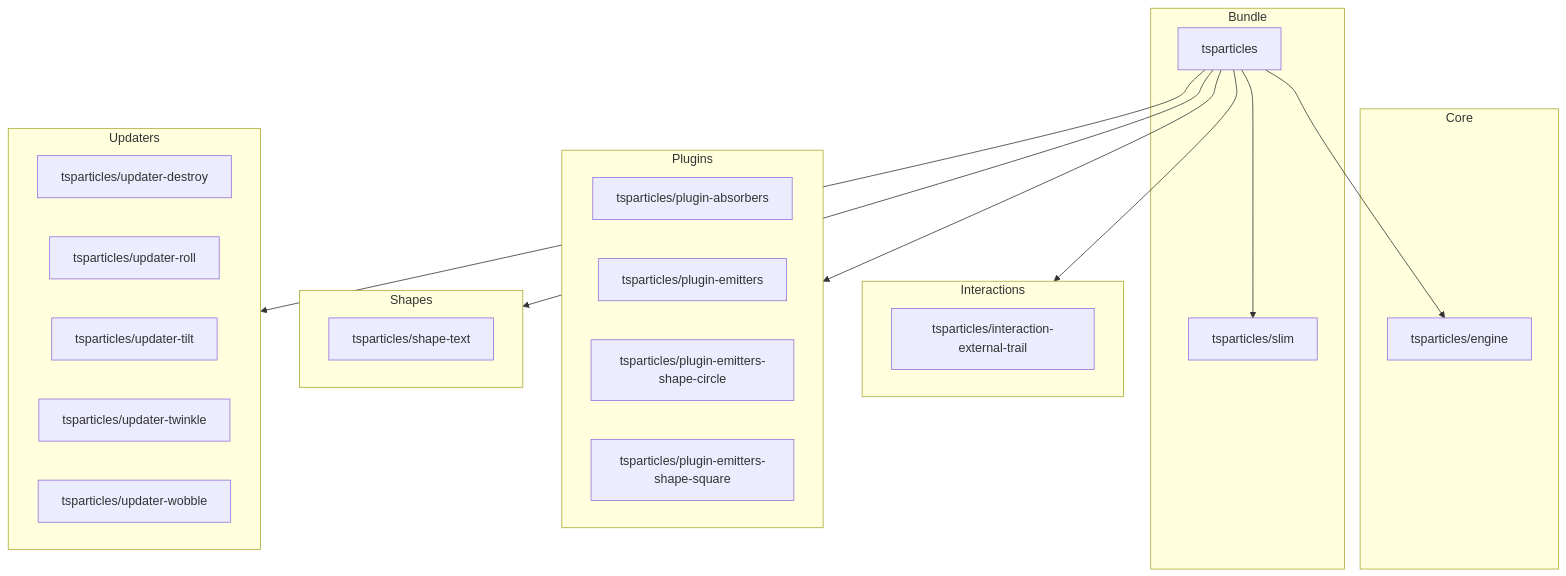
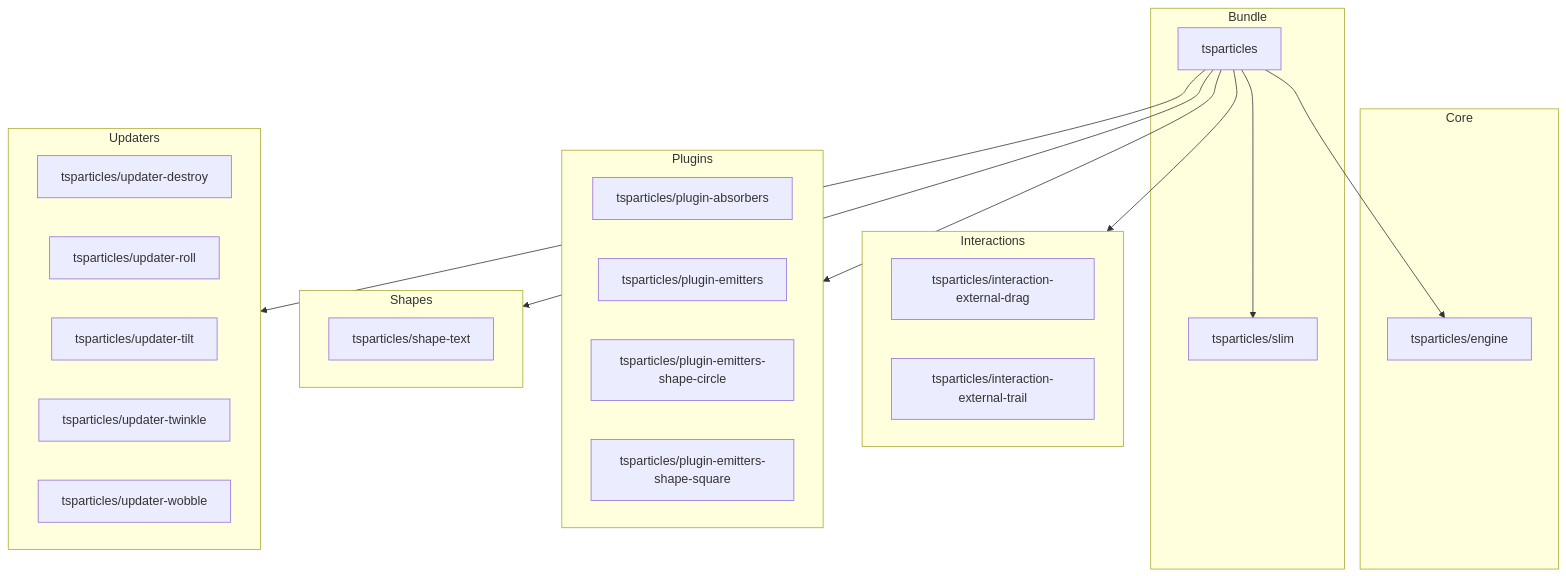
One commit to A-Archives-and-Forks/tsparticles changed the diagram in bundles/full/README.md. Above: the diagram before and after it, drawn with Mermaid. The commit also changed other lines of this file and 44 other files, not shown here.

````diff
--- a/bundles/full/README.md
+++ b/bundles/full/README.md
@@ -28,42 +29,43 @@
 ```mermaid
 flowchart TD
 
 subgraph b [Bundle]
   bf[tsparticles]
   bs[tsparticles/slim]
 end
 
 subgraph c [Core]
   ce[tsparticles/engine]
 end
 
 subgraph i [Interactions]
+  ied[tsparticles/interaction-external-drag]
   iet[tsparticles/interaction-external-trail]
 end
 
 subgraph p [Plugins]
   pa[tsparticles/plugin-absorbers]
   pe[tsparticles/plugin-emitters]
   pesc[tsparticles/plugin-emitters-shape-circle]
   pess[tsparticles/plugin-emitters-shape-square]
 end
 
 subgraph s [Shapes]
   st[tsparticles/shape-text]
 end
 
 subgraph u [Updaters]
   ud[tsparticles/updater-destroy]
   ur[tsparticles/updater-roll]
   ut[tsparticles/updater-tilt]
   utw[tsparticles/updater-twinkle]
   uw[tsparticles/updater-wobble]
 end
 
 bf --> bs
 bf --> ce
 bf --> i
 bf --> p
 bf --> s
 bf --> u
 ```
````
